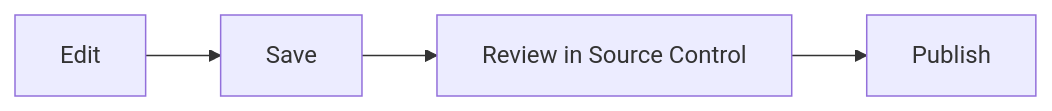
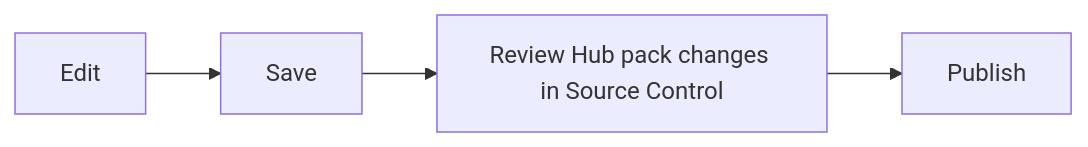
Before and after one commit to cyborgoat/nest: the diagram in examples/knowledge-packs/getting-started/1.0.0/guides/editing-and-source-control.md, drawn with Mermaid. The commit also changed other lines of this file and 47 other files, not shown here.

````diff
--- a/examples/knowledge-packs/getting-started/1.0.0/guides/editing-and-source-control.md
+++ b/examples/knowledge-packs/getting-started/1.0.0/guides/editing-and-source-control.md
@@ -9,6 +9,6 @@
 ```mermaid
 flowchart LR
   Edit --> Save
-  Save --> Review[Review in Source Control]
+  Save --> Review[Review Hub pack changes in Source Control]
   Review --> Publish
 ```
````
